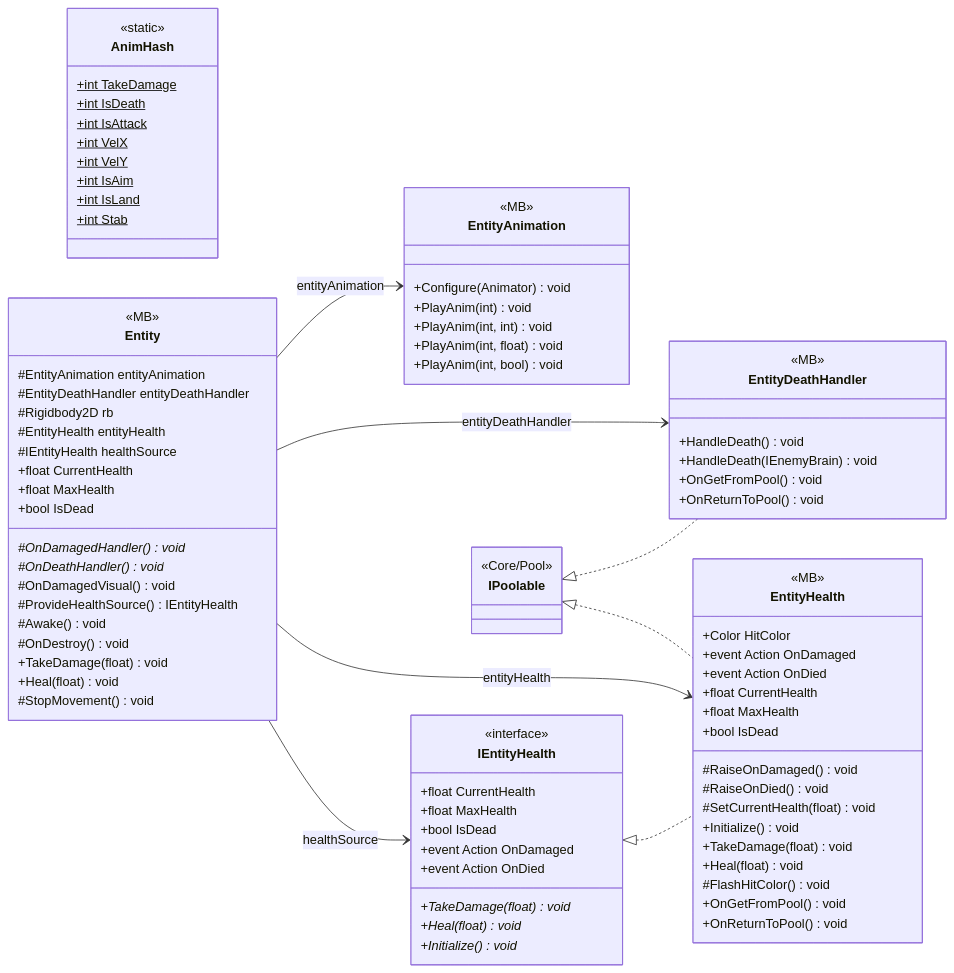
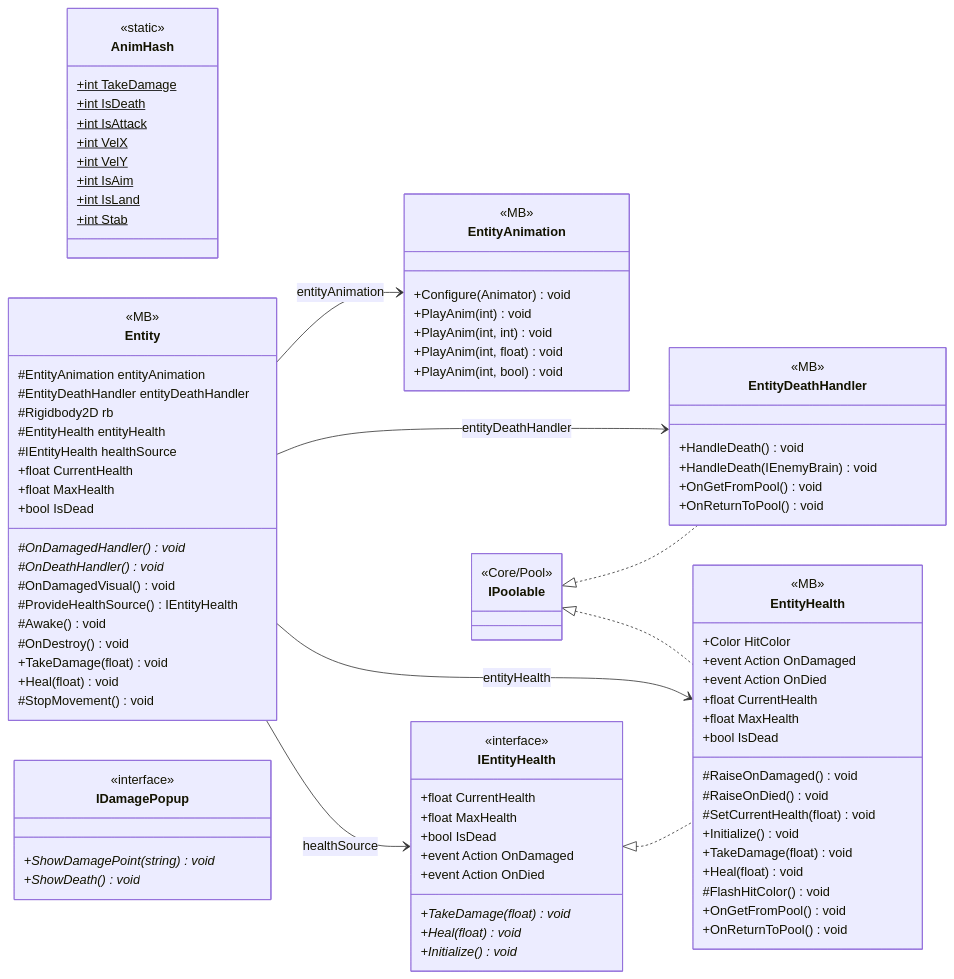
The diagram in docs/uml/modules/Gameplay_Entities.md (PhumipatWave/project-ocean), drawn with Mermaid before and after one commit. The commit also changed other lines of this file and 531 other files, not shown here.

```diff
--- a/docs/uml/modules/Gameplay_Entities.md
+++ b/docs/uml/modules/Gameplay_Entities.md
@@ -72,6 +72,11 @@
     +OnGetFromPool() void
     +OnReturnToPool() void
   }
+  class IDamagePopup {
+    <<interface>>
+    +ShowDamagePoint(string)* void
+    +ShowDeath()* void
+  }
   class IEntityHealth {
     <<interface>>
     +float CurrentHealth
```
